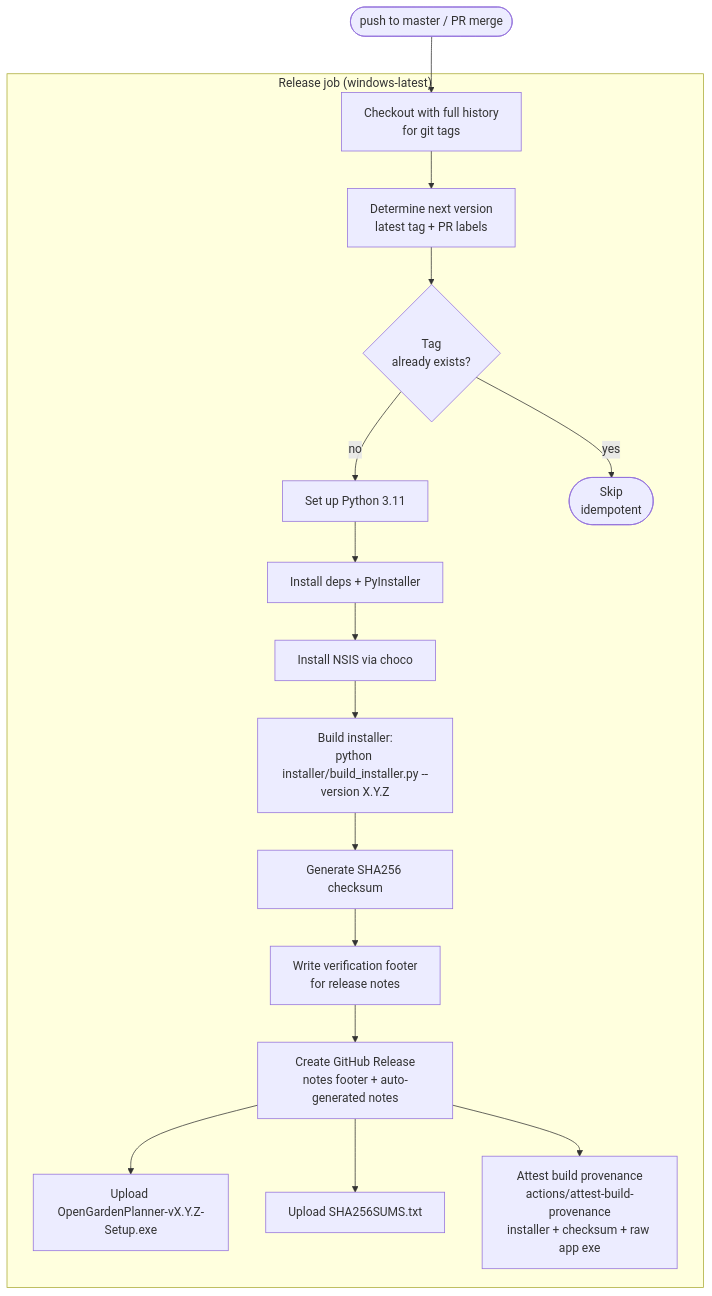
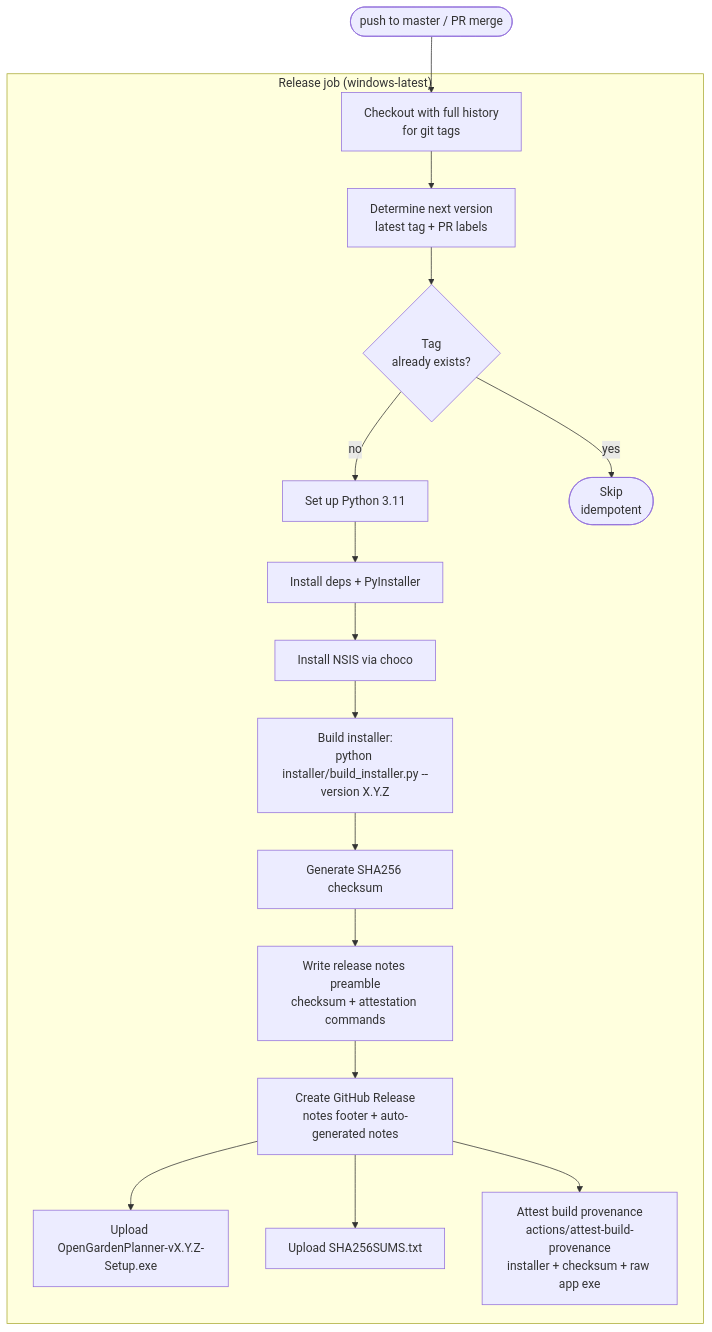
Before and after one commit to cofade/open-garden-planner: the third of 3 diagrams in docs/07-deployment-view/README.md, drawn with Mermaid. The commit also changed other lines of this file and 4 other files, not shown here.

````diff
--- a/docs/07-deployment-view/README.md
+++ b/docs/07-deployment-view/README.md
@@ -229,29 +229,29 @@
 ```mermaid
 flowchart TD
     Trigger(["push to master / PR merge"])
     subgraph Job["Release job (windows-latest)"]
         R1[Checkout with full history<br/>for git tags]
         R2[Determine next version<br/>latest tag + PR labels]
         R3{Tag<br/>already exists?}
         R4[Set up Python 3.11]
         R5[Install deps + PyInstaller]
         R6[Install NSIS via choco]
         R7["Build installer:<br/>python installer/build_installer.py --version X.Y.Z"]
         R8[Generate SHA256 checksum]
-        R8b[Write verification footer<br/>for release notes]
+        R8b[Write release notes preamble<br/>checksum + attestation commands]
         R9[Create GitHub Release<br/>notes footer + auto-generated notes]
         R10a[Upload OpenGardenPlanner-vX.Y.Z-Setup.exe]
         R10b[Upload SHA256SUMS.txt]
         R11["Attest build provenance<br/>actions/attest-build-provenance<br/>installer + checksum + raw app exe"]
         Skip([Skip<br/>idempotent])
 
         R1 --> R2 --> R3
         R3 -->|yes| Skip
         R3 -->|no| R4 --> R5 --> R6 --> R7 --> R8 --> R8b --> R9
         R9 --> R10a
         R9 --> R10b
         R9 --> R11
     end
 
     Trigger --> R1
 ```
````
